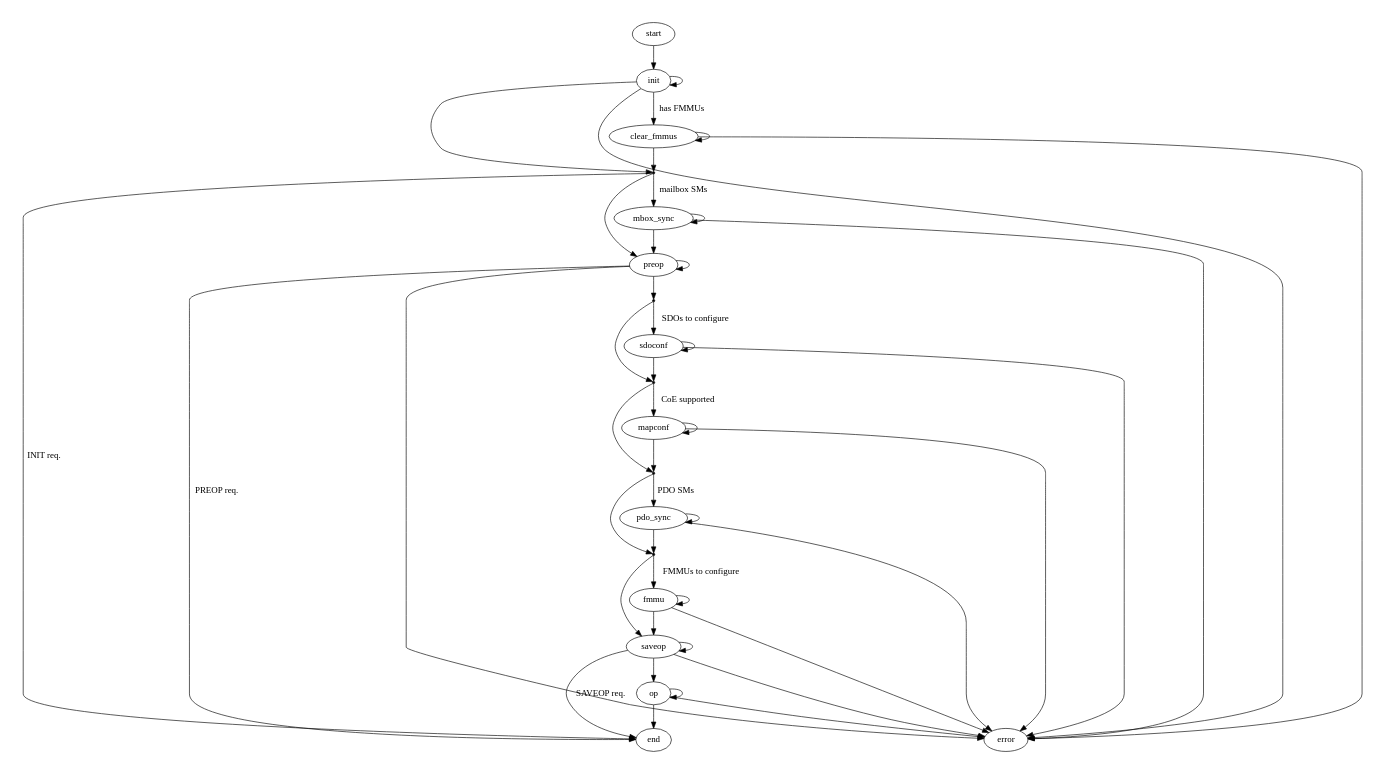
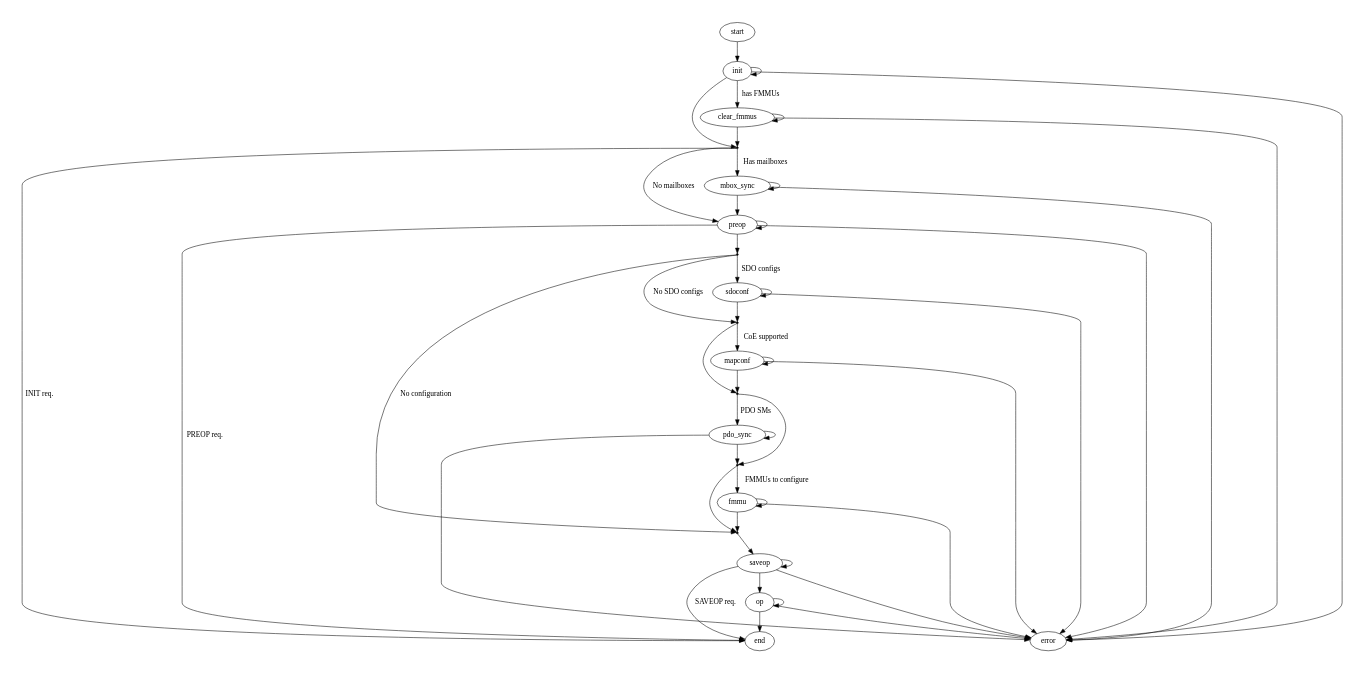
One commit to ribalda/ethercat changed the diagram in documentation/graphs/fsm_slave_conf.dot. Above: the diagram before and after it, drawn with Graphviz. The commit also changed 30 other files, not shown here.

```diff
--- a/documentation/graphs/fsm_slave_conf.dot
+++ b/documentation/graphs/fsm_slave_conf.dot
@@ -1,57 +1,60 @@
 digraph slaveconf {
     size="7,9"
     center=1
 	ratio=fill
 
     enter_mbox_sync [shape=point,label=""]
     enter_fmmu [shape=point,label=""]
     enter_sdoconf [shape=point,label=""]
     enter_mapconf [shape=point,label=""]
     enter_pdo_sync [shape=point,label=""]
+    enter_saveop [shape=point,label=""]
 
     start -> init [weight=10]
     init -> init
     init -> error
     init -> enter_mbox_sync
     init -> clear_fmmus [label="has FMMUs", weight=10]
     clear_fmmus -> clear_fmmus
     clear_fmmus -> error
     clear_fmmus -> enter_mbox_sync [weight=10]
     enter_mbox_sync -> end [label="INIT req."]
-    enter_mbox_sync -> preop
-    enter_mbox_sync -> mbox_sync [label="mailbox SMs", weight=10]
+    enter_mbox_sync -> preop [label="No mailboxes"]
+    enter_mbox_sync -> mbox_sync [label="Has mailboxes", weight=10]
     mbox_sync -> mbox_sync
     mbox_sync -> error
     mbox_sync -> preop [weight=10]
     preop -> preop
     preop -> error
     preop -> end [label="PREOP req."]
     preop -> enter_sdoconf [weight=10]
-    enter_sdoconf -> enter_mapconf
-    enter_sdoconf -> sdoconf [label="SDOs to configure", weight=10]
+    enter_sdoconf -> enter_saveop [label="No configuration"]
+    enter_sdoconf -> enter_mapconf [label="No SDO configs"]
+    enter_sdoconf -> sdoconf [label="SDO configs", weight=10]
     sdoconf -> sdoconf
     sdoconf -> error
     sdoconf -> enter_mapconf [weight=10]
     enter_mapconf -> mapconf [label="CoE supported", weight=10]
     enter_mapconf -> enter_pdo_sync
     mapconf -> mapconf
     mapconf -> error
     mapconf -> enter_pdo_sync [weight=10]
     enter_pdo_sync -> pdo_sync [label="PDO SMs", weight=10]
     enter_pdo_sync -> enter_fmmu
     pdo_sync -> pdo_sync
     pdo_sync -> error
     pdo_sync -> enter_fmmu [weight=10]
-    enter_fmmu -> saveop
+    enter_fmmu -> enter_saveop
     enter_fmmu -> fmmu [label="FMMUs to configure", weight=10]
     fmmu -> fmmu
     fmmu -> error
-    fmmu -> saveop [weight=10]
+    fmmu -> enter_saveop [weight=10]
+    enter_saveop -> saveop
     saveop -> saveop
     saveop -> error
     saveop -> end [label="SAVEOP req."]
     saveop -> op [weight=10]
     op -> op
     op -> error
     op -> end [weight=10]
 }
```
